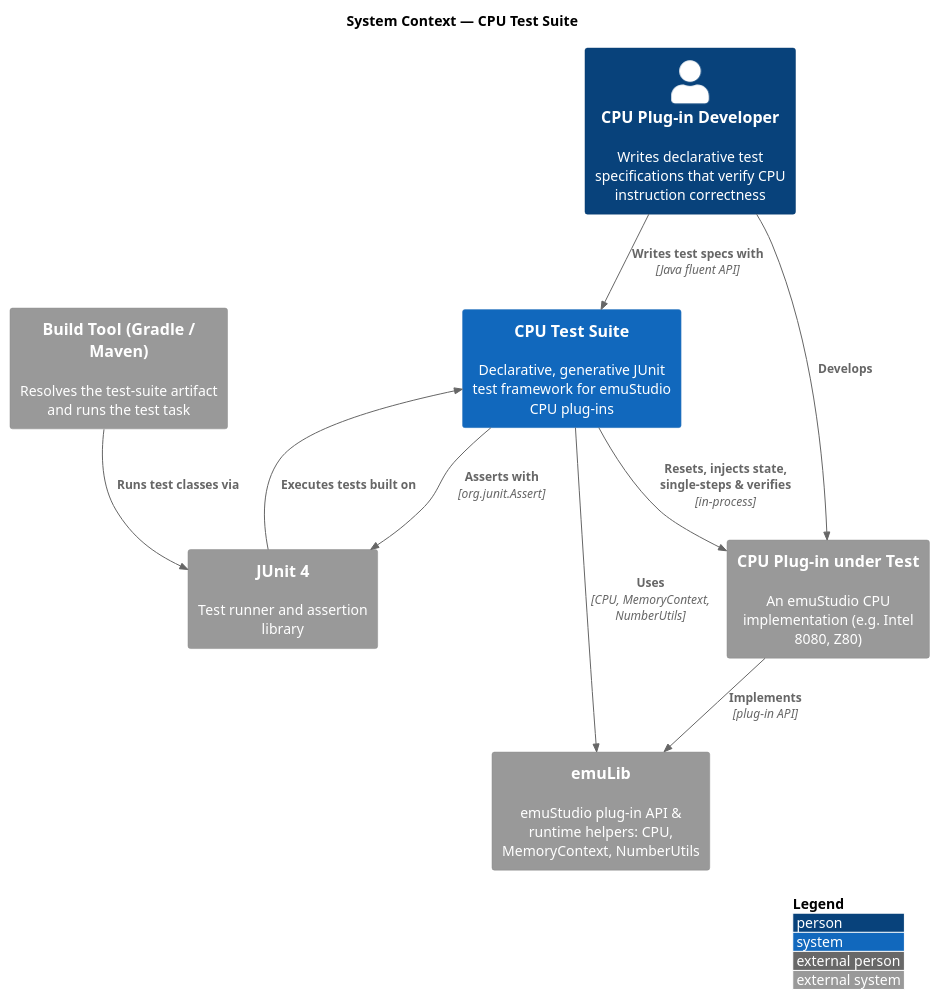
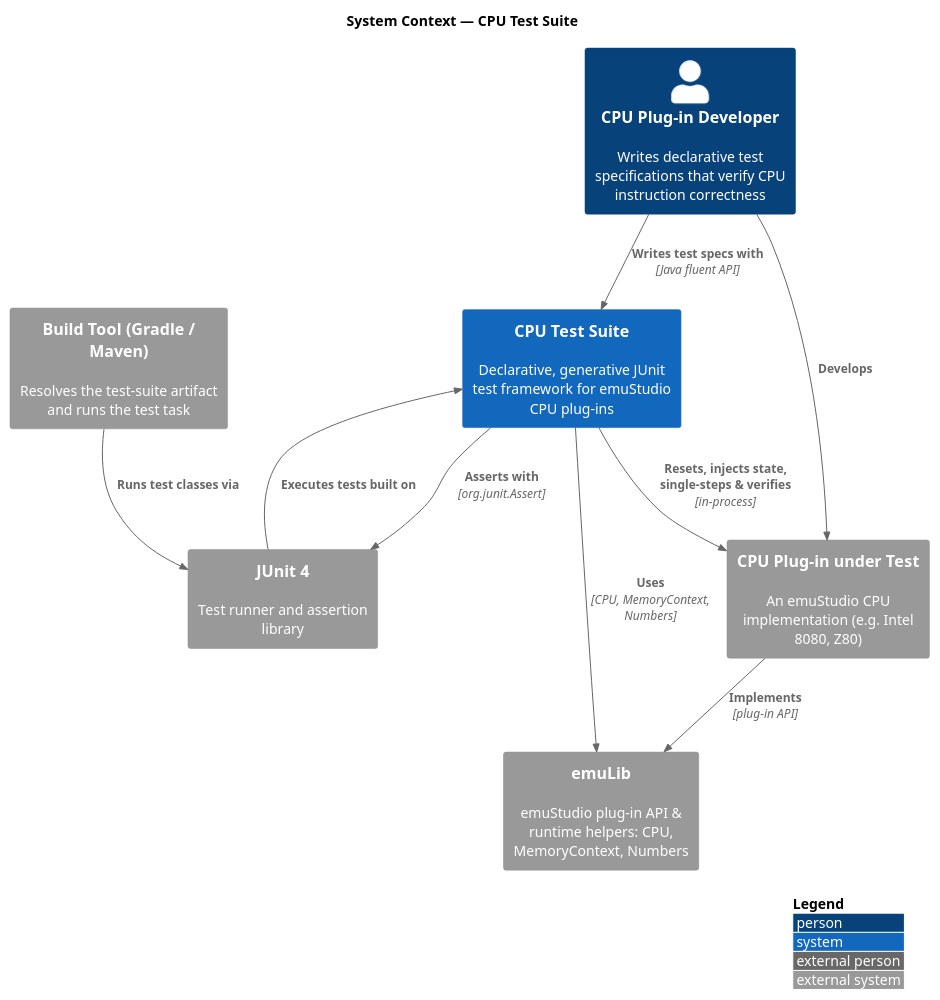
Before and after one commit to emustudio/cpu-testsuite: the diagram in docs/c4/01-system-context.adoc, drawn with PlantUML. The commit also changed other lines of this file and 4 other files, not shown here.

Commit message:
[#472] Update Numbers utility references in CPU test documentation

```diff
--- a/docs/c4/01-system-context.adoc
+++ b/docs/c4/01-system-context.adoc
@@ -8,27 +8,27 @@
 [plantuml,c4-system-context,svg]
 ----
 @startuml
 !include <C4/C4_Context>
 LAYOUT_WITH_LEGEND()
 
 title System Context — CPU Test Suite
 
 Person(dev, "CPU Plug-in Developer", "Writes declarative test specifications that verify CPU instruction correctness")
 
 System(suite, "CPU Test Suite", "Declarative, generative JUnit test framework for emuStudio CPU plug-ins")
 
 System_Ext(plugin, "CPU Plug-in under Test", "An emuStudio CPU implementation (e.g. Intel 8080, Z80)")
-System_Ext(emulib, "emuLib", "emuStudio plug-in API & runtime helpers: CPU, MemoryContext, NumberUtils")
+System_Ext(emulib, "emuLib", "emuStudio plug-in API & runtime helpers: CPU, MemoryContext, Numbers")
 System_Ext(junit, "JUnit 4", "Test runner and assertion library")
 System_Ext(build, "Build Tool (Gradle / Maven)", "Resolves the test-suite artifact and runs the test task")
 
 Rel(dev, suite, "Writes test specs with", "Java fluent API")
 Rel(dev, plugin, "Develops")
 Rel(build, junit, "Runs test classes via")
 Rel(junit, suite, "Executes tests built on")
 Rel(suite, plugin, "Resets, injects state, single-steps & verifies", "in-process")
-Rel(suite, emulib, "Uses", "CPU, MemoryContext, NumberUtils")
+Rel(suite, emulib, "Uses", "CPU, MemoryContext, Numbers")
 Rel(plugin, emulib, "Implements", "plug-in API")
 Rel(suite, junit, "Asserts with", "org.junit.Assert")
 @enduml
 ----
```
